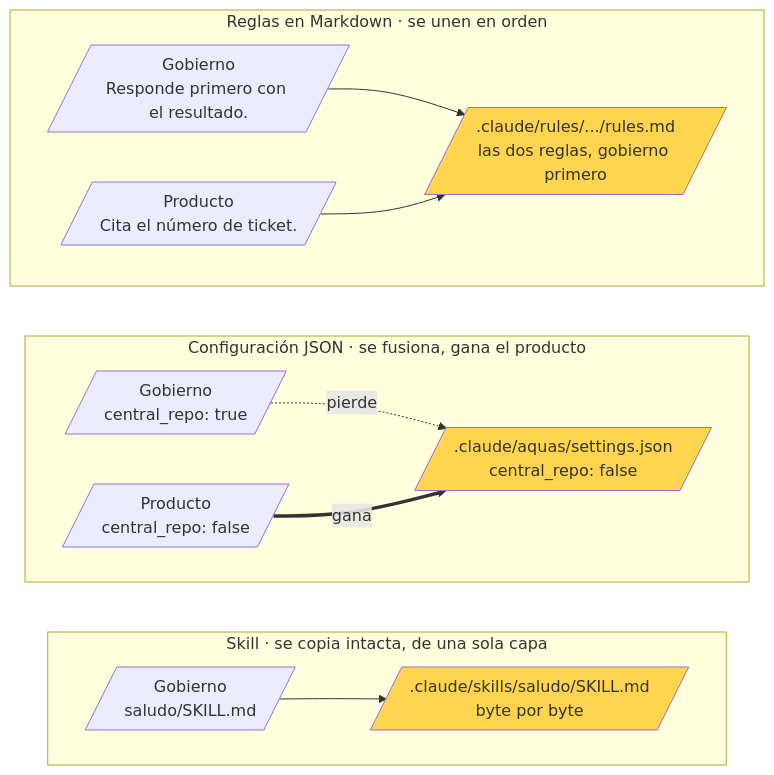
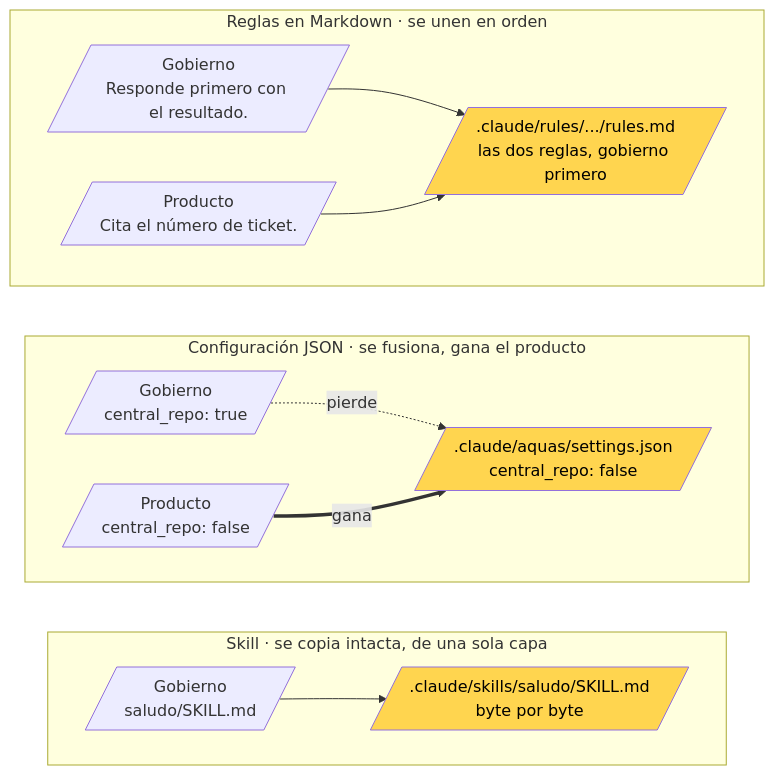
One commit to jliberal-aquas/aquas-harness changed the third of 7 diagrams in docs/compilacion-del-canon/README.md. Above: the diagram before and after it, drawn with Mermaid. The commit also changed 8 other files, not shown here.

Commit message:
fix: texto negro en cajas amarillas de los diagramas para leerse en tema oscuro

````diff
--- a/docs/compilacion-del-canon/README.md
+++ b/docs/compilacion-del-canon/README.md
@@ -58,21 +58,21 @@
 ```mermaid
 flowchart TD
   subgraph K1["Reglas en Markdown · se unen en orden"]
     direction LR
     a1[/"Gobierno<br/>Responde primero con el resultado."/] --> c1[/".claude/rules/.../rules.md<br/>las dos reglas, gobierno primero"/]
     b1[/"Producto<br/>Cita el número de ticket."/] --> c1
   end
   subgraph K2["Configuración JSON · se fusiona, gana el producto"]
     direction LR
     a2[/"Gobierno<br/>central_repo: true"/] -. pierde .-> c2[/".claude/aquas/settings.json<br/>central_repo: false"/]
     b2[/"Producto<br/>central_repo: false"/] == gana ==> c2
   end
   subgraph K3["Skill · se copia intacta, de una sola capa"]
     direction LR
     a3[/"Gobierno<br/>saludo/SKILL.md"/] --> c3[/".claude/skills/saludo/SKILL.md<br/>byte por byte"/]
   end
   K1 ~~~ K2 ~~~ K3
-  style c1 fill:#ffd54f
-  style c2 fill:#ffd54f
-  style c3 fill:#ffd54f
+  style c1 fill:#ffd54f,color:#000
+  style c2 fill:#ffd54f,color:#000
+  style c3 fill:#ffd54f,color:#000
 ```
````
